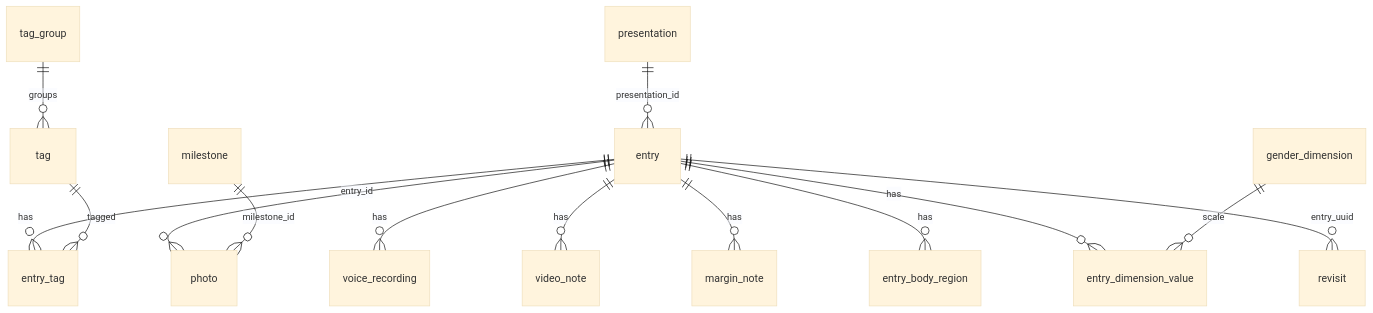
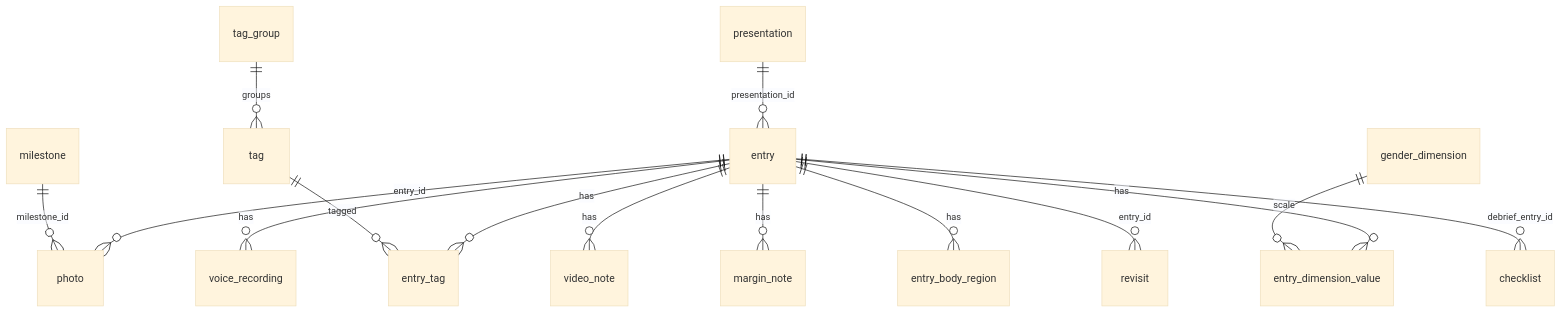
Before and after one commit to engender-app/engender: the fifth of 24 diagrams in docs/architecture.md, drawn with Mermaid (base theme). The commit also changed other lines of this file, not shown here.

````diff
--- a/docs/architecture.md
+++ b/docs/architecture.md
@@ -257,16 +257,17 @@
 ```mermaid
 erDiagram
   entry ||--o{ photo : entry_id
   milestone ||--o{ photo : milestone_id
   entry ||--o{ voice_recording : has
   entry ||--o{ video_note : has
   entry ||--o{ margin_note : has
   entry ||--o{ entry_body_region : has
   entry ||--o{ entry_tag : has
   tag ||--o{ entry_tag : tagged
   tag_group ||--o{ tag : groups
   entry ||--o{ entry_dimension_value : has
   gender_dimension ||--o{ entry_dimension_value : scale
   presentation ||--o{ entry : presentation_id
-  entry ||--o{ revisit : entry_uuid
+  entry ||--o{ revisit : entry_id
+  entry ||--o{ checklist : debrief_entry_id
 ```
````
